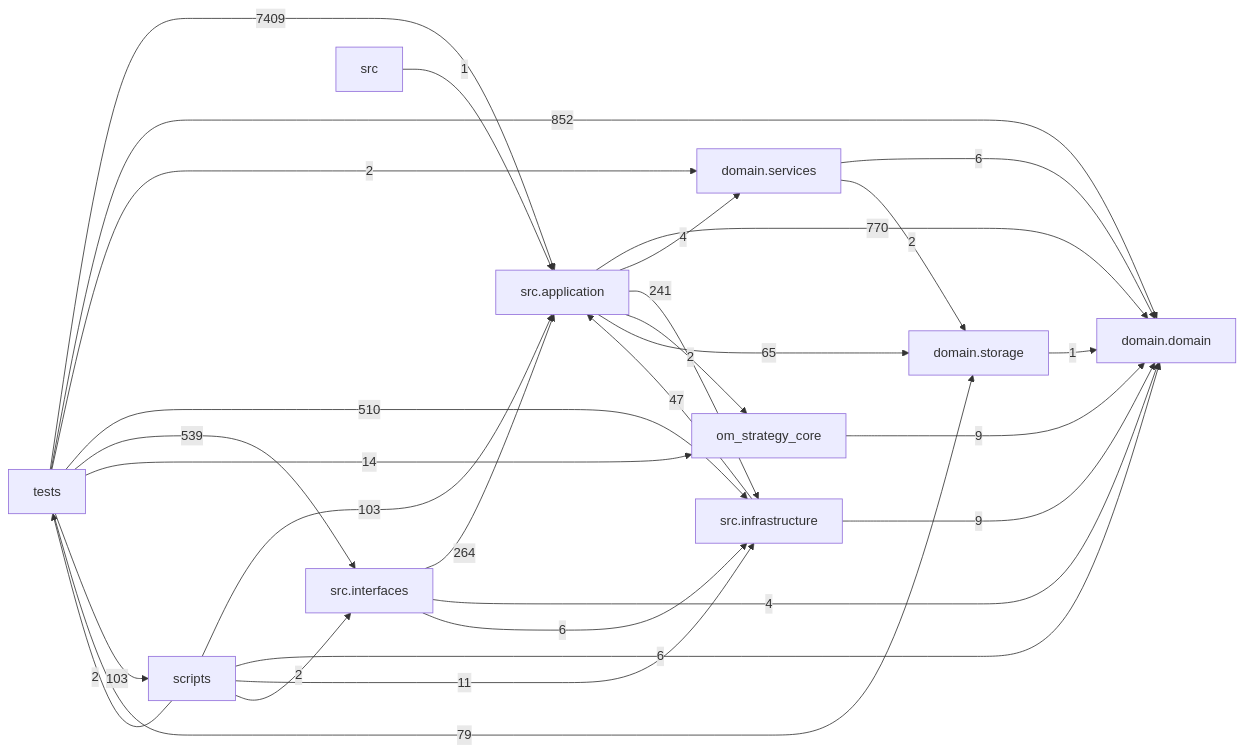
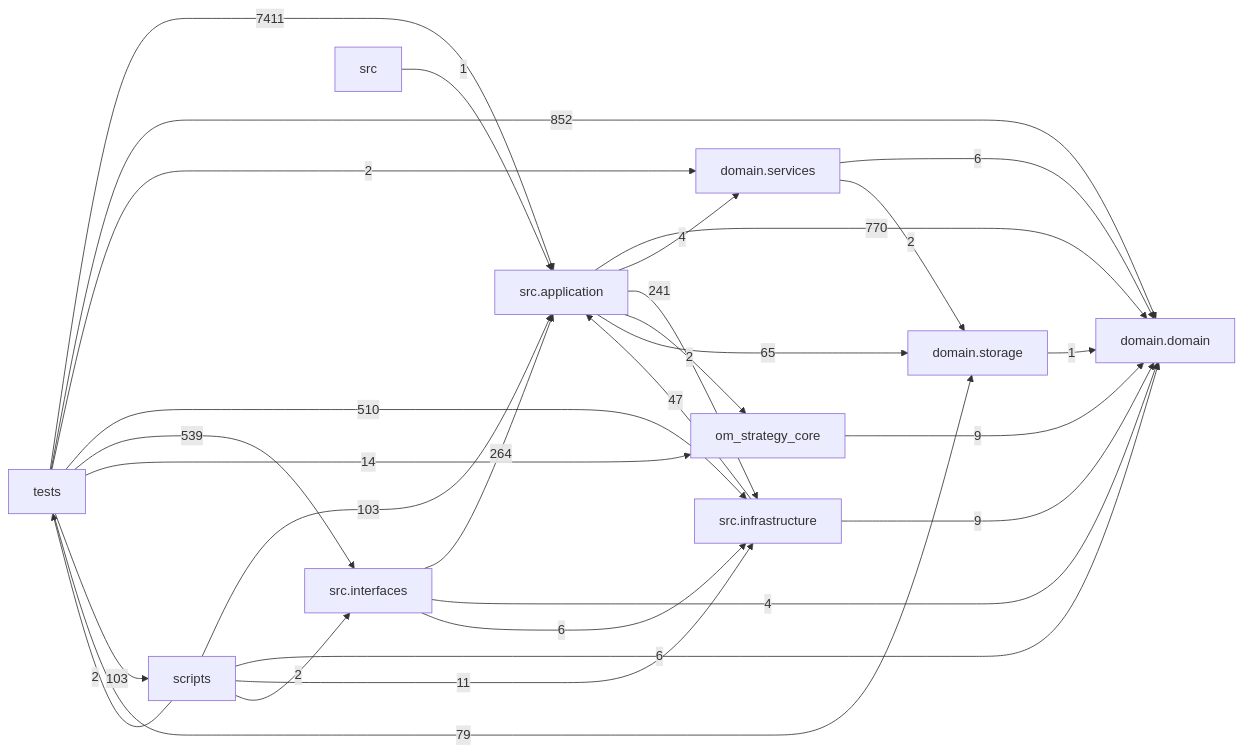
One commit to liuxie066/options-monitor changed the diagram in docs/DEPENDENCY_GRAPH.md. Above: the diagram before and after it, drawn with Mermaid. The commit also changed other lines of this file and 1 other file, not shown here.

````diff
--- a/docs/DEPENDENCY_GRAPH.md
+++ b/docs/DEPENDENCY_GRAPH.md
@@ -24,39 +24,39 @@
 ```mermaid
 flowchart LR
   tests["tests"]
   scripts["scripts"]
   interfaces["src.interfaces"]
   application["src.application"]
   infrastructure["src.infrastructure"]
   domain_services["domain.services"]
   domain["domain.domain"]
   storage["domain.storage"]
   application -->|770| domain
   application -->|4| domain_services
   application -->|241| infrastructure
   application -->|2| om_strategy_core
   application -->|65| storage
   domain_services -->|6| domain
   domain_services -->|2| storage
   infrastructure -->|47| application
   infrastructure -->|9| domain
   interfaces -->|264| application
   interfaces -->|4| domain
   interfaces -->|6| infrastructure
   om_strategy_core -->|9| domain
   scripts -->|103| application
   scripts -->|6| domain
   scripts -->|11| infrastructure
   scripts -->|2| interfaces
   scripts -->|2| tests
   src -->|1| application
   storage -->|1| domain
-  tests -->|7409| application
+  tests -->|7411| application
   tests -->|852| domain
   tests -->|2| domain_services
   tests -->|510| infrastructure
   tests -->|539| interfaces
   tests -->|14| om_strategy_core
   tests -->|103| scripts
   tests -->|79| storage
 ```
````
